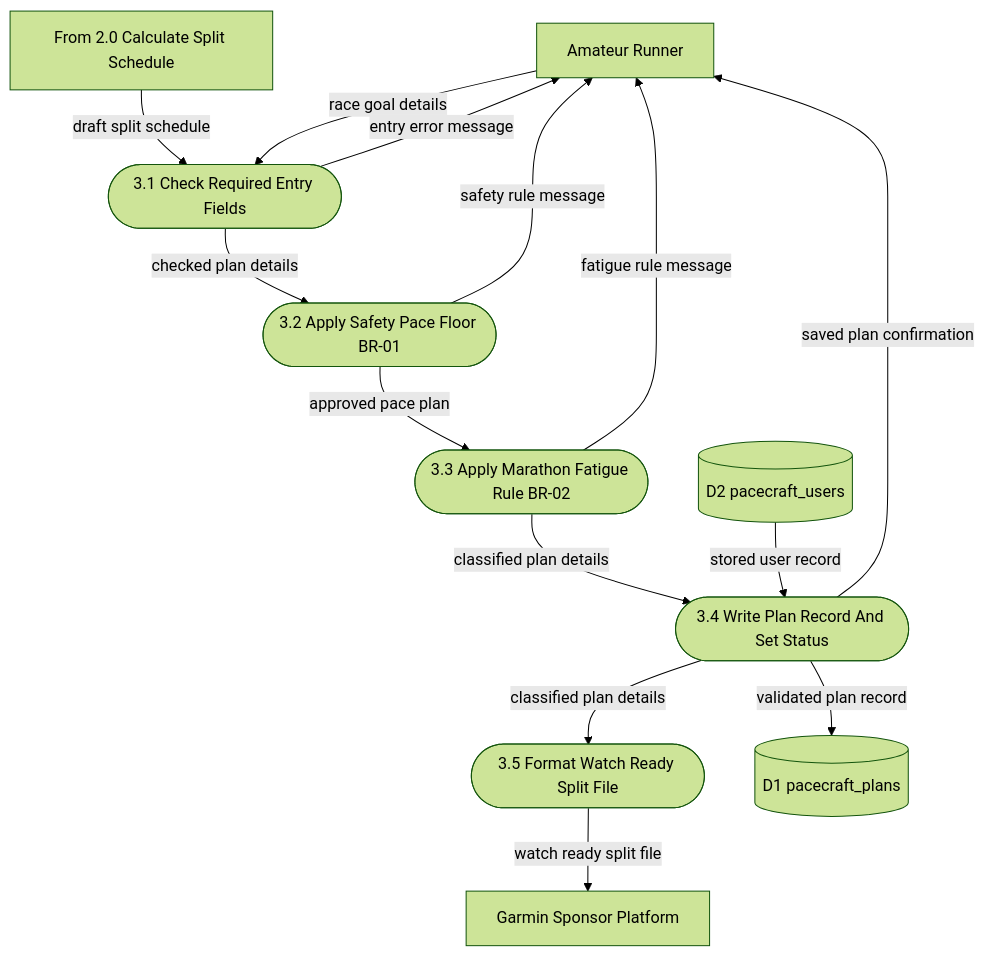
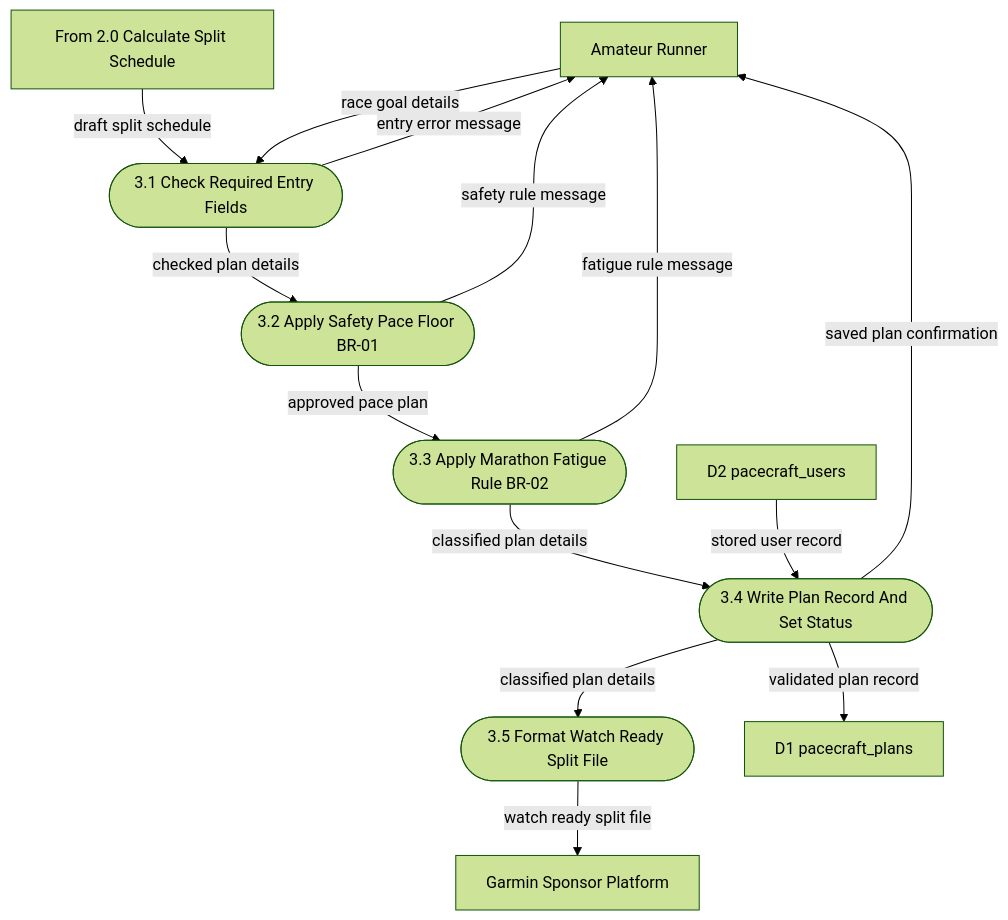
Before and after one commit to hswinyer/PaceCraft-: the third of 5 diagrams in README.md, drawn with Mermaid (forest theme). The commit also changed other lines of this file, not shown here.

````diff
--- a/README.md
+++ b/README.md
@@ -73,32 +73,32 @@
 ```mermaid
 flowchart TB
   R["Amateur Runner"]
   G["Garmin Sponsor Platform"]
   IN["From 2.0 Calculate Split Schedule"]
 
   P31(["3.1 Check Required Entry Fields"])
   P32(["3.2 Apply Safety Pace Floor BR-01"])
   P33(["3.3 Apply Marathon Fatigue Rule BR-02"])
   P34(["3.4 Write Plan Record And Set Status"])
   P35(["3.5 Format Watch Ready Split File"])
 
-  D1[("D1 pacecraft_plans")]
-  D2[("D2 pacecraft_users")]
+  D1["D1 pacecraft_plans"]
+  D2["D2 pacecraft_users"]
 
   IN -->|draft split schedule| P31
   R -->|race goal details| P31
   P31 -->|entry error message| R
   P31 -->|checked plan details| P32
 
   P32 -->|safety rule message| R
   P32 -->|approved pace plan| P33
 
   P33 -->|fatigue rule message| R
   P33 -->|classified plan details| P34
 
   D2 -->|stored user record| P34
   P34 -->|validated plan record| D1
   P34 -->|saved plan confirmation| R
   P34 -->|classified plan details| P35
   P35 -->|watch ready split file| G
 ```
````
